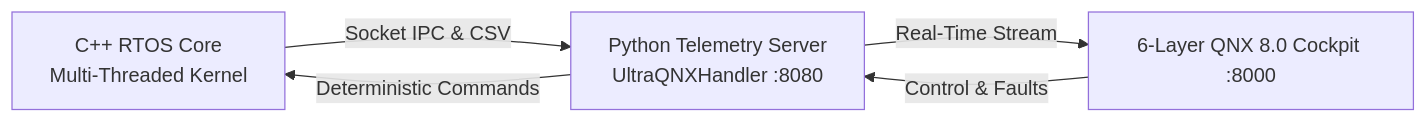
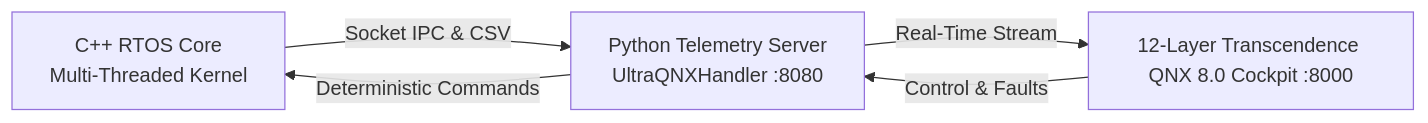
Before and after one commit to shaikhabdul2015-max/qnx-hackathon-project: the diagram in README.md, drawn with Mermaid. The commit also changed other lines of this file and 1 other file, not shown here.

Commit message:
Add Layer 12 Transcendence: Blackbox Time-Machine and Self-Healing Driver Hot-Swap

````diff
--- a/README.md
+++ b/README.md
@@ -9,7 +9,7 @@
 ```mermaid
 graph LR
     A[C++ RTOS Core<br/>Multi-Threaded Kernel] -->|Socket IPC & CSV| B[Python Telemetry Server<br/>UltraQNXHandler :8080]
-    B -->|Real-Time Stream| C[6-Layer QNX 8.0 Cockpit :8000]
+    B -->|Real-Time Stream| C[12-Layer Transcendence QNX 8.0 Cockpit :8000]
     C -->|Control & Faults| B
     B -->|Deterministic Commands| A
 ```
````
